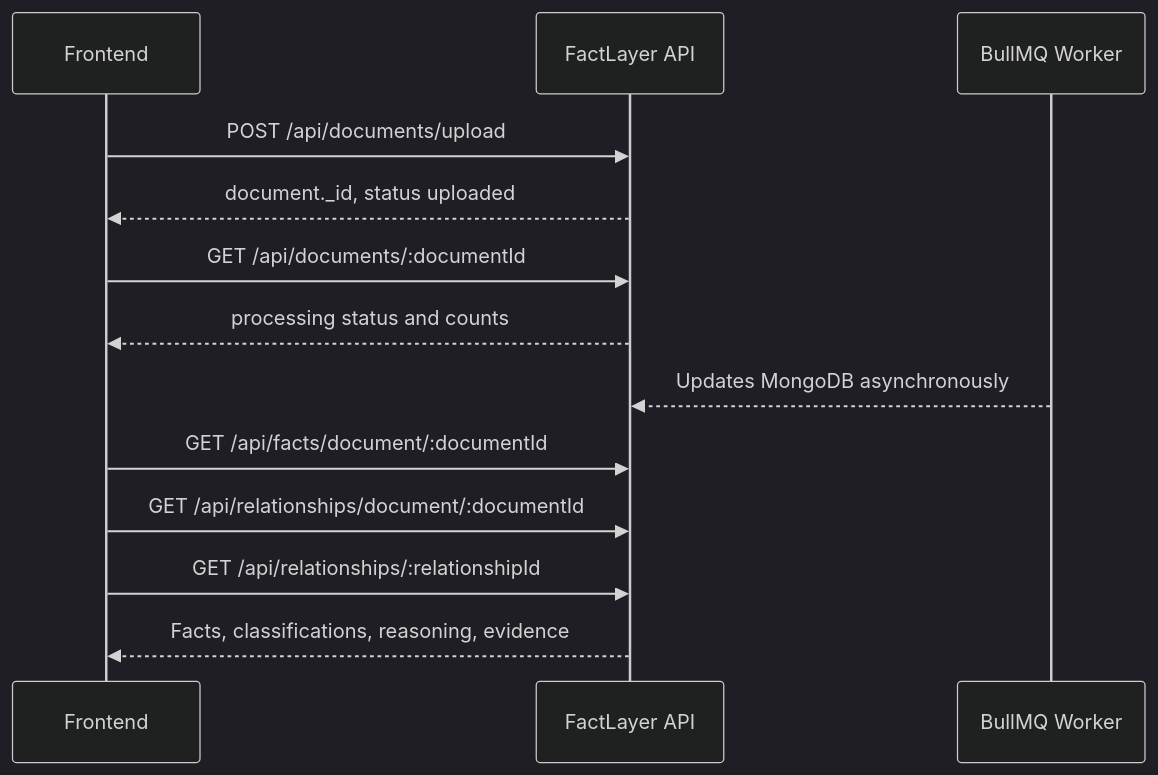
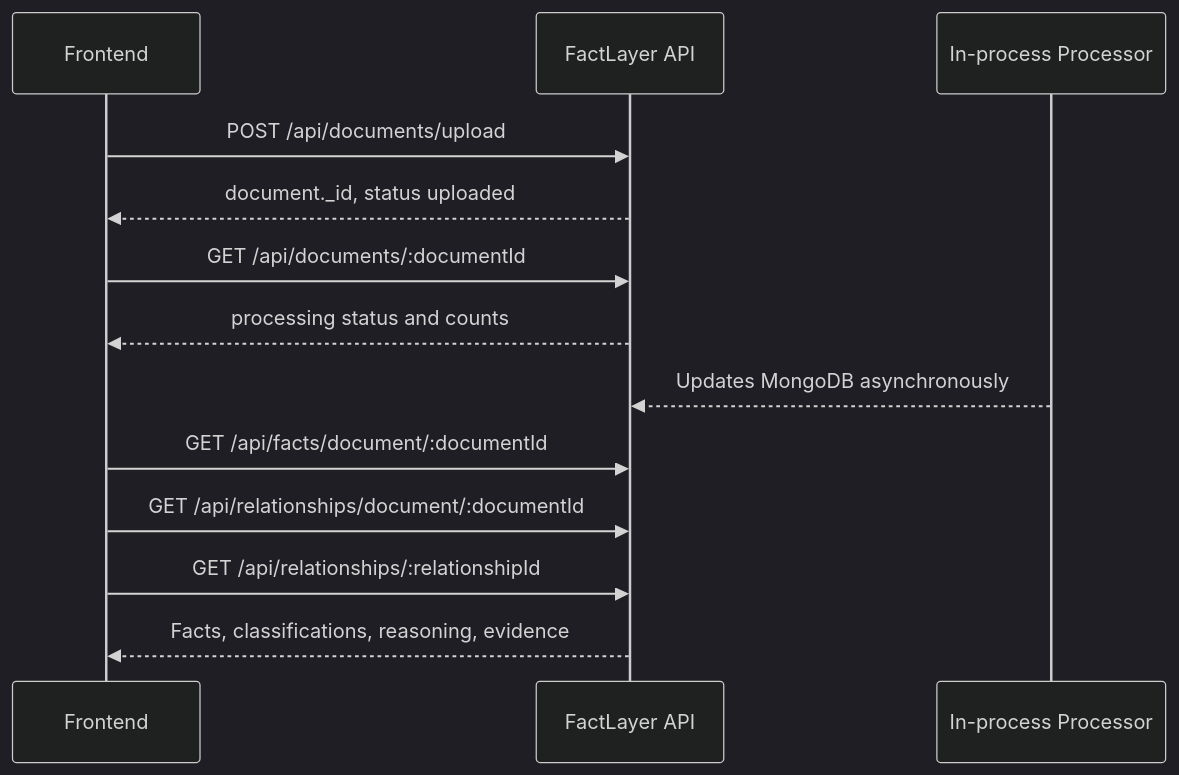
Before and after one commit to JosephRemingston/factlayer: the diagram in API.md, drawn with Mermaid (dark theme). The commit also changed other lines of this file and 38 other files, not shown here.

````diff
--- a/API.md
+++ b/API.md
@@ -809,16 +837,16 @@
 ```mermaid
 sequenceDiagram
     participant UI as Frontend
     participant API as FactLayer API
-    participant Worker as BullMQ Worker
+    participant Worker as In-process Processor
 
     UI->>API: POST /api/documents/upload
     API-->>UI: document._id, status uploaded
     UI->>API: GET /api/documents/:documentId
     API-->>UI: processing status and counts
     Worker-->>API: Updates MongoDB asynchronously
     UI->>API: GET /api/facts/document/:documentId
     UI->>API: GET /api/relationships/document/:documentId
     UI->>API: GET /api/relationships/:relationshipId
     API-->>UI: Facts, classifications, reasoning, evidence
 ```
````
